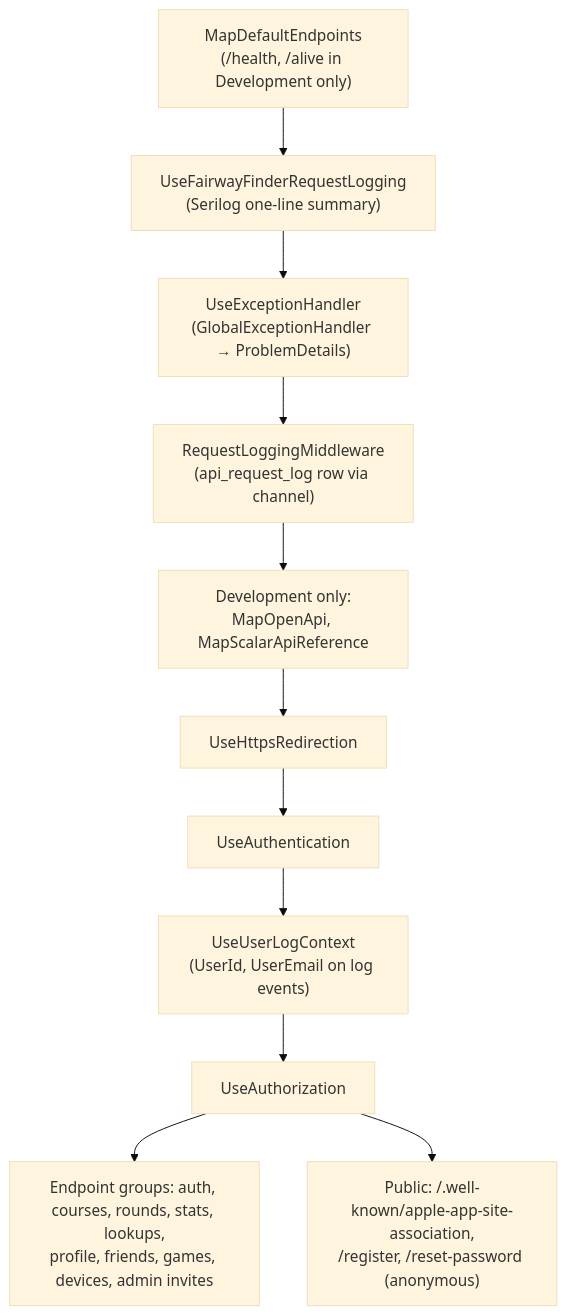
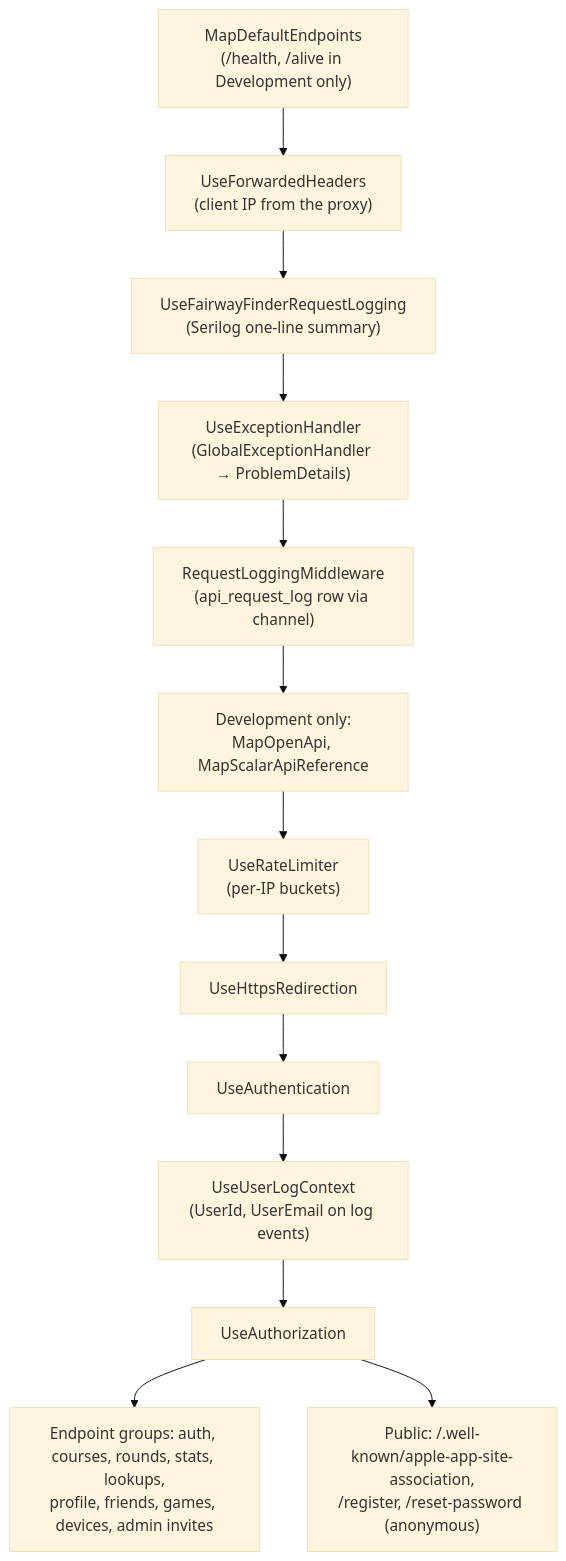
Before and after one commit to georgebjork/FairwayFinder: the second of 2 diagrams in docs/architecture/hosting-and-configuration.md, drawn with Mermaid (base theme). The commit also changed other lines of this file and 12 other files, not shown here.

````diff
--- a/docs/architecture/hosting-and-configuration.md
+++ b/docs/architecture/hosting-and-configuration.md
@@ -42,11 +42,12 @@
 ```mermaid
 flowchart TD
-    a["MapDefaultEndpoints<br/>(/health, /alive in Development only)"] --> b["UseFairwayFinderRequestLogging<br/>(Serilog one-line summary)"]
+    a["MapDefaultEndpoints<br/>(/health, /alive in Development only)"] --> fh["UseForwardedHeaders<br/>(client IP from the proxy)"]
+    fh --> b["UseFairwayFinderRequestLogging<br/>(Serilog one-line summary)"]
     b --> c["UseExceptionHandler<br/>(GlobalExceptionHandler → ProblemDetails)"]
     c --> d["RequestLoggingMiddleware<br/>(api_request_log row via channel)"]
     d --> e["Development only:<br/>MapOpenApi, MapScalarApiReference"]
-    e --> f[UseHttpsRedirection] --> g[UseAuthentication] --> h["UseUserLogContext<br/>(UserId, UserEmail on log events)"]
+    e --> rl["UseRateLimiter<br/>(per-IP buckets)"] --> f[UseHttpsRedirection] --> g[UseAuthentication] --> h["UseUserLogContext<br/>(UserId, UserEmail on log events)"]
     h --> j[UseAuthorization]
     j --> k["Endpoint groups: auth, courses, rounds, stats, lookups,<br/>profile, friends, games, devices, admin invites"]
     j --> l["Public: /.well-known/apple-app-site-association,<br/>/register, /reset-password (anonymous)"]
 ```
````
